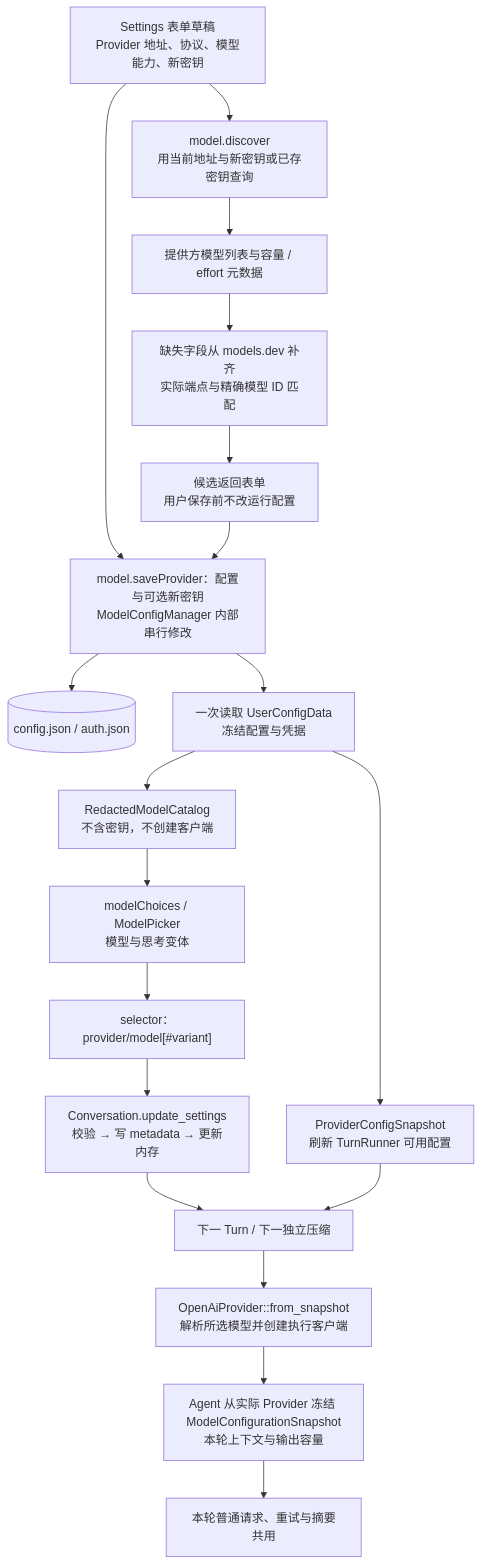
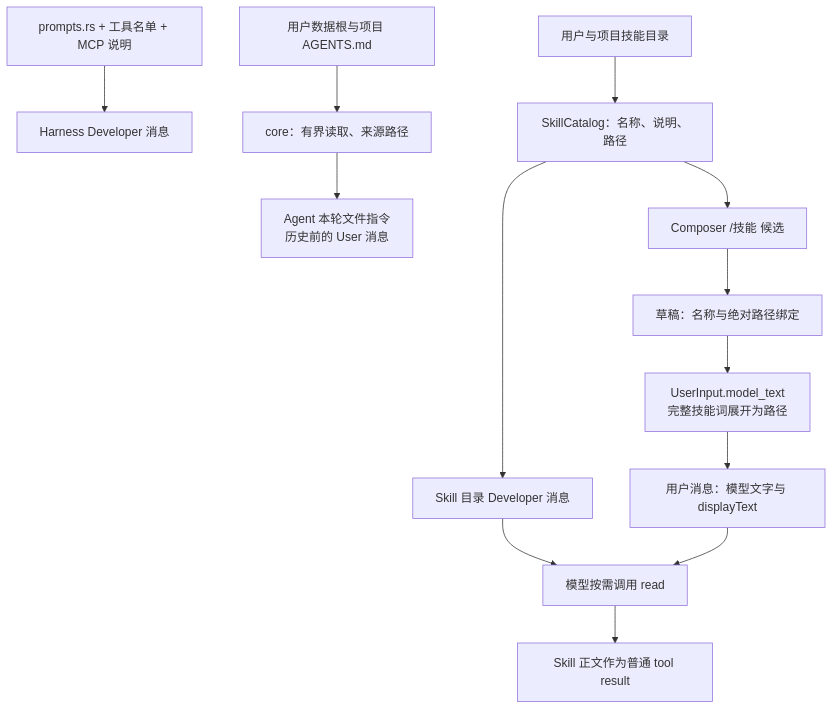
Diagram 11 of 14 in docs/architecture.md (qjcnmd/singularity-agent), drawn with Mermaid before and after one commit. The commit also changed other lines of this file and 9 other files, not shown here.

````diff
--- a/docs/architecture.md
+++ b/docs/architecture.md
@@ -498,21 +354,15 @@
 ```mermaid
 flowchart TB
-    Form["Settings 表单草稿<br/>Provider 地址、协议、模型能力、新密钥"] --> Discover["model.discover<br/>用当前地址与新密钥或已存密钥查询"]
-    Discover --> Remote["提供方模型列表与容量 / effort 元数据"]
-    Remote --> Missing["缺失字段从 models.dev 补齐<br/>实际端点与精确模型 ID 匹配"]
-    Missing --> Candidates["候选返回表单<br/>用户保存前不改运行配置"]
-    Form --> Save["model.saveProvider：配置与可选新密钥<br/>ModelConfigManager 内部串行修改"]
-    Candidates --> Save
-    Save --> Disk[("config.json / auth.json")]
-    Save --> Parsed["一次读取 UserConfigData<br/>冻结配置与凭据"]
-    Parsed --> ProviderSnapshot["ProviderConfigSnapshot<br/>刷新 TurnRunner 可用配置"]
-    Parsed --> Catalog["RedactedModelCatalog<br/>不含密钥，不创建客户端"]
-    Catalog --> Picker["modelChoices / ModelPicker<br/>模型与思考变体"]
-    Picker --> Selector["selector：provider/model[#variant]"]
-    Selector --> Settings["Conversation.update_settings<br/>校验 → 写 metadata → 更新内存"]
-    Settings --> Next["下一 Turn / 下一独立压缩"]
-    ProviderSnapshot --> Next
-    Next --> Factory["OpenAiProvider::from_snapshot<br/>解析所选模型并创建执行客户端"]
-    Factory --> Frozen["Agent 从实际 Provider 冻结 ModelConfigurationSnapshot<br/>本轮上下文与输出容量"]
-    Frozen --> Requests["本轮普通请求、重试与摘要共用"]
+    Harness["prompts.rs + 工具名单 + MCP 说明"] --> Developer["Harness Developer 消息"]
+    Files["用户数据根与项目 AGENTS.md"] --> Loader["core：有界读取、来源路径"]
+    Loader --> Current["Agent 本轮文件指令<br/>历史前的 User 消息"]
+    Skills["用户与项目技能目录"] --> Catalog["SkillCatalog：名称、说明、路径"]
+    Catalog --> SkillPrompt["Skill 目录 Developer 消息"]
+    Catalog --> Candidate["Composer /技能 候选"]
+    Candidate --> Binding["草稿：名称与绝对路径绑定"]
+    Binding --> Input["UserInput.model_text<br/>完整技能词展开为路径"]
+    Input --> History["用户消息：模型文字与 displayText"]
+    SkillPrompt --> Read["模型按需调用 read"]
+    History --> Read
+    Read --> Result["Skill 正文作为普通 tool result"]
 ```
````
